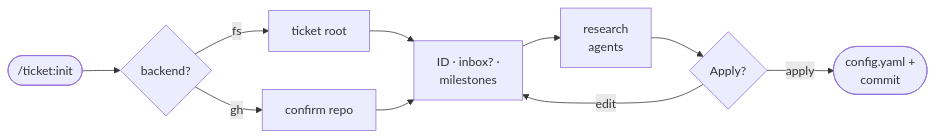
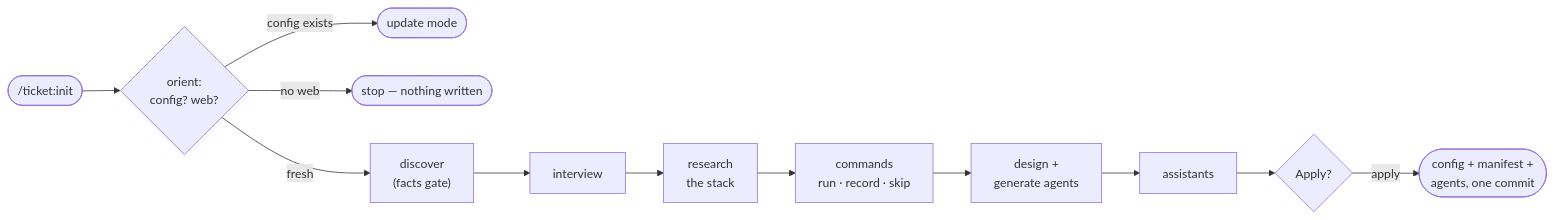
One commit to elmoritz/agents-skills-setup changed the second of 6 diagrams in presentation/slides.md. Above: the diagram before and after it, drawn with Mermaid. The commit also changed other lines of this file and 23 other files, not shown here.

````diff
--- a/presentation/slides.md
+++ b/presentation/slides.md
@@ -183,12 +184,14 @@
 ```mermaid
 flowchart LR
-    Start(["/ticket:init"]) --> G1{"backend?"}
-    G1 -->|fs| G2["ticket root"]
-    G1 -->|gh| G2b["confirm repo"]
-    G2 --> G3["ID · inbox? ·<br/>milestones"]
-    G2b --> G3
-    G3 --> G4["research<br/>agents"]
-    G4 --> G5{"Apply?"}
-    G5 -->|edit| G3
-    G5 -->|apply| Done(["config.yaml +<br/>commit"])
+    Start(["/ticket:init"]) --> O{"orient:<br/>config? web?"}
+    O -->|config exists| U(["update mode"])
+    O -->|no web| X(["stop — nothing written"])
+    O -->|fresh| D["discover<br/>(facts gate)"]
+    D --> I["interview"]
+    I --> R["research<br/>the stack"]
+    R --> C["commands<br/>run · record · skip"]
+    C --> G["design +<br/>generate agents"]
+    G --> A["assistants"]
+    A --> P{"Apply?"}
+    P -->|apply| Done(["config + manifest +<br/>agents, one commit"])
 ```
````
